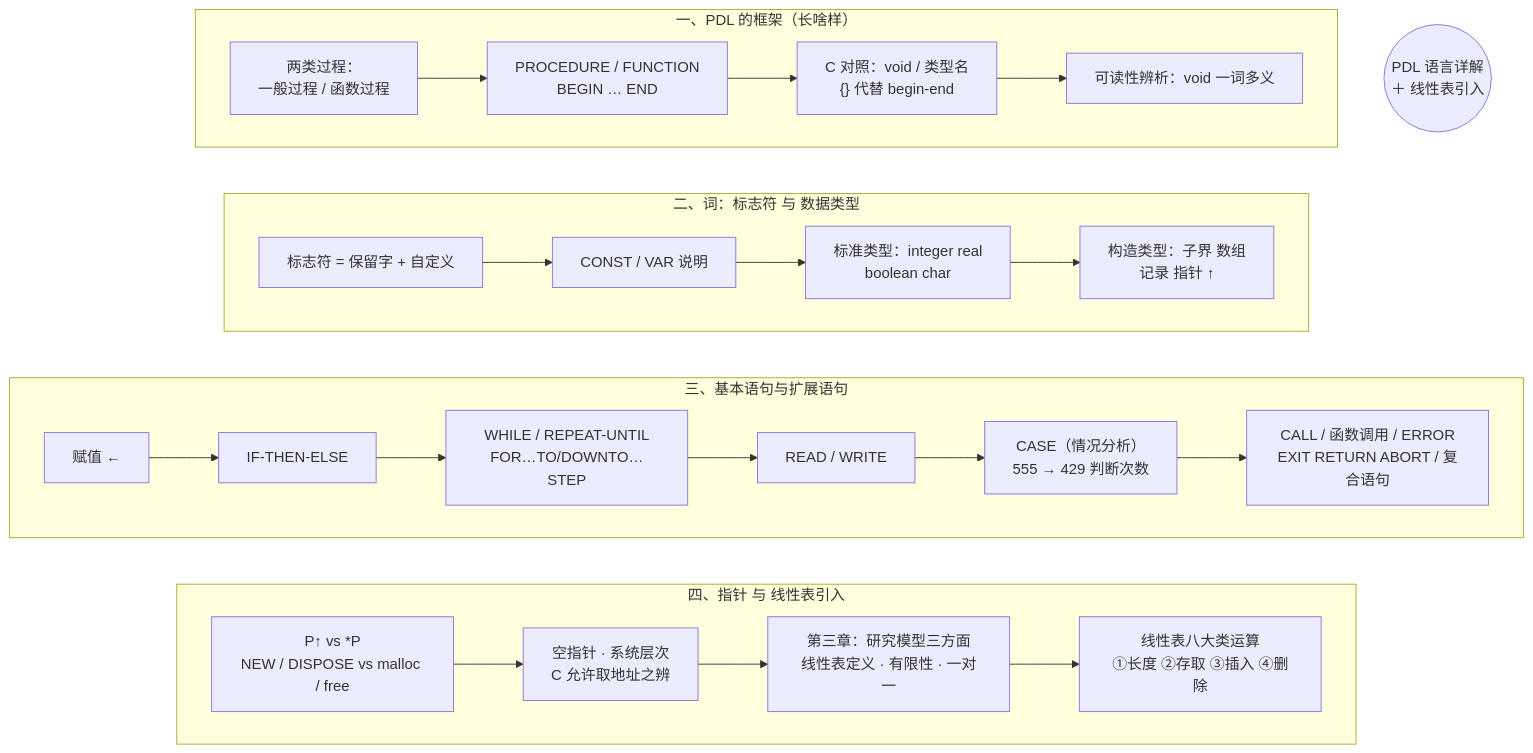
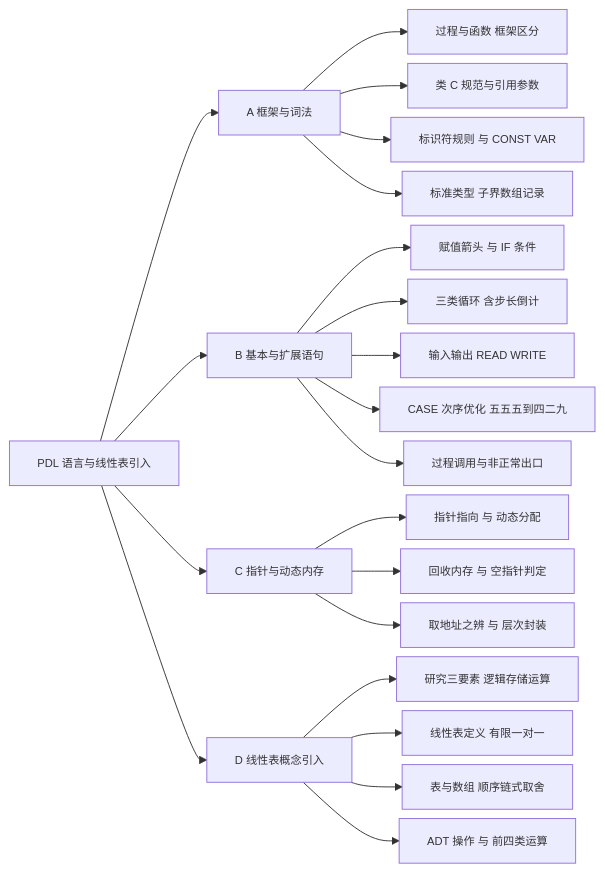
Before and after one commit to gududewangzhe/data-structures-notes: the diagram in 数据结构第三周第二节 PDL语言与线性表引入 详细版讲义.md, drawn with Mermaid. The commit also changed other lines of this file and 58 other files, not shown here.

First line of the commit message:
按节次重整全部讲义并统一插图与体例

````diff
--- a/数据结构第三周第二节 PDL语言与线性表引入 详细版讲义.md
+++ b/数据结构第三周第二节 PDL语言与线性表引入 详细版讲义.md
@@ -18,36 +31,29 @@
 ```mermaid
-flowchart TD
-    ROOT(("PDL 语言详解<br/>＋ 线性表引入"))
+%%{init: {"flowchart": {"nodeSpacing": 10, "rankSpacing": 30, "curve": "basis"}, "themeVariables": {"fontSize": "12px"}}}%%
+flowchart LR
+    ROOT["PDL 语言与线性表引入"]
+    ROOT --> A["A 框架与词法"]
+    ROOT --> B["B 基本与扩展语句"]
+    ROOT --> C["C 指针与动态内存"]
+    ROOT --> D["D 线性表概念引入"]
 
-    subgraph A["一、PDL 的框架（长啥样）"]
-        A1["两类过程：<br/>一般过程 / 函数过程"] --> A2["PROCEDURE / FUNCTION<br/>BEGIN … END"]
-        A2 --> A3["C 对照：void / 类型名<br/>{} 代替 begin-end"]
-        A3 --> A4["可读性辨析：void 一词多义"]
-    end
+    A --> A1["过程与函数 框架区分"]
+    A --> A2["类 C 规范与引用参数"]
+    A --> A3["标识符规则 与 CONST VAR"]
+    A --> A4["标准类型 子界数组记录"]
 
-    A ~~~ B
+    B --> B1["赋值箭头 与 IF 条件"]
+    B --> B2["三类循环 含步长倒计"]
+    B --> B3["输入输出 READ WRITE"]
+    B --> B4["CASE 次序优化 五五五到四二九"]
+    B --> B5["过程调用与非正常出口"]
 
-    subgraph B["二、词：标志符 与 数据类型"]
-        B1["标志符 = 保留字 + 自定义"] --> B2["CONST / VAR 说明"]
-        B2 --> B3["标准类型：integer real<br/>boolean char"]
-        B3 --> B4["构造类型：子界 数组<br/>记录 指针 ↑"]
-    end
+    C --> C1["指针指向 与 动态分配"]
+    C --> C2["回收内存 与 空指针判定"]
+    C --> C3["取地址之辨 与 层次封装"]
 
-    B ~~~ C
-
-    subgraph C["三、基本语句与扩展语句"]
-        C1["赋值 ←"] --> C2["IF-THEN-ELSE"]
-        C2 --> C3["WHILE / REPEAT-UNTIL<br/>FOR…TO/DOWNTO…STEP"]
-        C3 --> C4["READ / WRITE"]
-        C4 --> C5["CASE（情况分析）<br/>555 → 429 判断次数"]
-        C5 --> C6["CALL / 函数调用 / ERROR<br/>EXIT RETURN ABORT / 复合语句"]
-    end
-
-    C ~~~ D
-
-    subgraph D["四、指针 与 线性表引入"]
-        D1["P↑ vs *P<br/>NEW / DISPOSE vs malloc / free"] --> D2["空指针 · 系统层次<br/>C 允许取地址之辨"]
-        D2 --> D3["第三章：研究模型三方面<br/>线性表定义 · 有限性 · 一对一"]
-        D3 --> D4["线性表八大类运算<br/>①长度 ②存取 ③插入 ④删除"]
-    end
+    D --> D1["研究三要素 逻辑存储运算"]
+    D --> D2["线性表定义 有限一对一"]
+    D --> D3["表与数组 顺序链式取舍"]
+    D --> D4["ADT 操作 与 前四类运算"]
 ```
````
